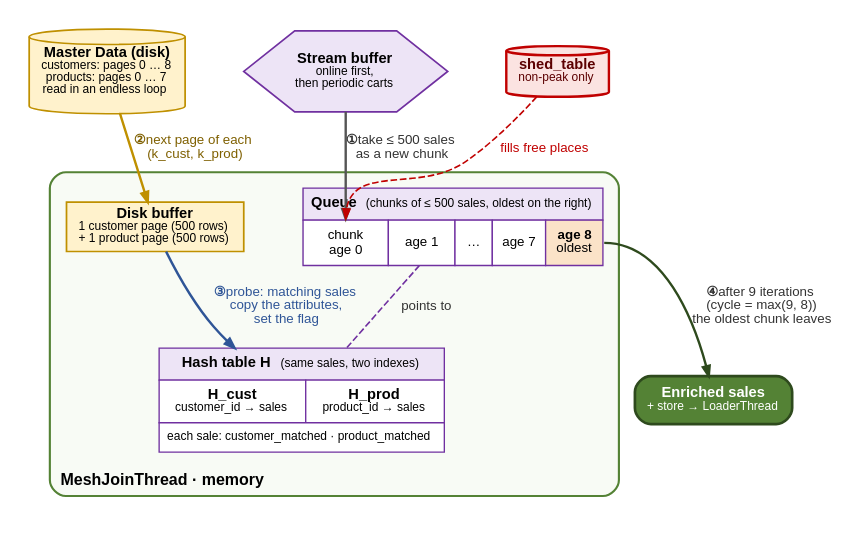
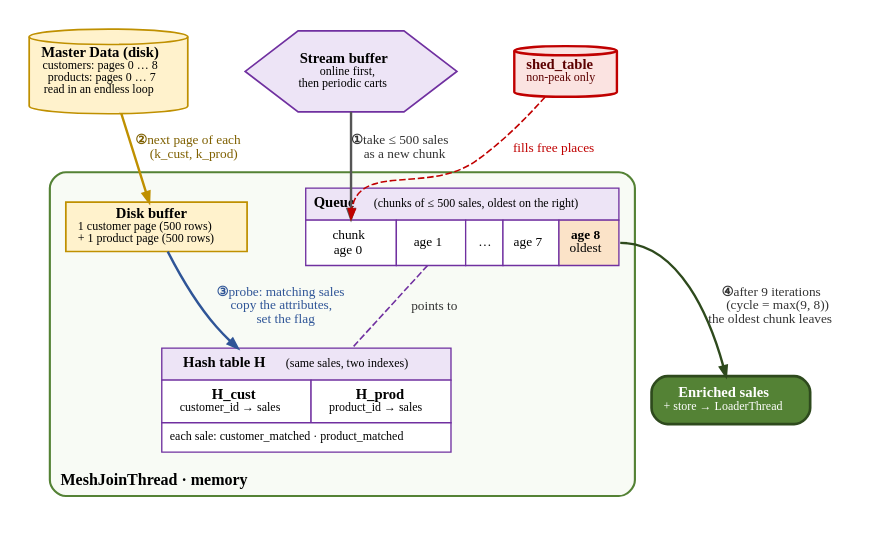
One commit to DawarAhmed27/DWH-MESHJOIN-Project changed the diagram in docs/meshjoin_inside.dot. Above: the diagram before and after it, drawn with Graphviz. The commit also changed 5 other files, not shown here.

Commit message:
Use Times New Roman in all report figures

```diff
--- a/docs/meshjoin_inside.dot
+++ b/docs/meshjoin_inside.dot
@@ -1,51 +1,51 @@
 digraph MJ {
-  graph [rankdir=TB, fontname="Arial", nodesep=0.3, ranksep=0.45, pad=0.2, newrank=true];
-  node  [fontname="Arial", fontsize=11, penwidth=1.3, style="filled", margin="0.12,0.06"];
-  edge  [fontname="Arial", fontsize=10, color="#555555", penwidth=1.2, arrowsize=0.75, fontcolor="#333333"];
+  graph [rankdir=TB, fontname="Times New Roman", nodesep=0.3, ranksep=0.45, pad=0.2, newrank=true];
+  node  [fontname="Times New Roman", fontsize=11, penwidth=1.3, style="filled", margin="0.12,0.06"];
+  edge  [fontname="Times New Roman", fontsize=10, color="#555555", penwidth=1.2, arrowsize=0.75, fontcolor="#333333"];
 
   B  [shape=hexagon, fillcolor="#EDE4F6", color="#7030A0", label=<<b>Stream buffer</b><br/><font point-size="9.5">online first,<br/>then periodic carts</font>>];
   SH [shape=cylinder, penwidth=1.8, fillcolor="#FBE3E1", color="#C00000", fontcolor="#5C0000", label=<<b>shed_table</b><br/><font point-size="9.5">non-peak only</font>>];
 
   subgraph cluster_mem {
     label=<<b>MeshJoinThread · memory</b>>; labeljust=l; labelloc=b; fontsize=12; style="rounded,filled"; fillcolor="#F8FBF5"; color="#548235"; penwidth=1.6; margin=12;
 
     Q [shape=plain, label=<
       <table border="0" cellborder="1" cellspacing="0" cellpadding="5" color="#7030A0">
         <tr><td colspan="5" align="right" bgcolor="#EDE4F6"><b>Queue</b>  <font point-size="9.5">(chunks of ≤ 500 sales, oldest on the right)</font></td></tr>
         <tr>
           <td bgcolor="#FFFFFF" port="new"><font point-size="10">chunk<br/>age 0</font></td>
           <td bgcolor="#FFFFFF"><font point-size="10">age 1</font></td>
           <td bgcolor="#FFFFFF"><font point-size="10">…</font></td>
           <td bgcolor="#FFFFFF"><font point-size="10">age 7</font></td>
           <td bgcolor="#FBE3C8" port="old"><font point-size="10"><b>age 8</b><br/>oldest</font></td>
         </tr>
       </table>>];
 
     H [shape=plain, label=<
       <table border="0" cellborder="1" cellspacing="0" cellpadding="5" color="#7030A0">
         <tr><td colspan="2" bgcolor="#EDE4F6"><b>Hash table H</b>  <font point-size="9.5">(same sales, two indexes)</font></td></tr>
         <tr><td bgcolor="#FFFFFF"><b>H_cust</b><br/><font point-size="9.5">customer_id → sales</font></td>
             <td bgcolor="#FFFFFF"><b>H_prod</b><br/><font point-size="9.5">product_id → sales</font></td></tr>
         <tr><td colspan="2" bgcolor="#FFFFFF"><font point-size="9.5">each sale: customer_matched · product_matched</font></td></tr>
       </table>>];
 
     DB [shape=box, fillcolor="#FFF2CC", color="#BF9000", label=<<b>Disk buffer</b><br/><font point-size="9.5">1 customer page (500 rows)<br/>+ 1 product page (500 rows)</font>>];
 
     Q -> H [dir=both, arrowhead=none, arrowtail=none, style=dashed, color="#7030A0", label=" points to"];
     DB -> H [color="#2F5597", penwidth=1.8, fontcolor="#2F5597", label=<<b>③</b> probe: matching sales<br/>copy the attributes,<br/>set the flag>];
     {rank=same; DB; Q}
     DB -> Q [style=invis];
   }
 
   MD [shape=cylinder, fillcolor="#FFF2CC", color="#BF9000", label=<<b>Master Data (disk)</b><br/><font point-size="9.5">customers: pages 0 … 8<br/>products: pages 0 … 7<br/>read in an endless loop</font>>];
 
   OUT [shape=box, style="rounded,filled", penwidth=2, fillcolor="#548235", color="#2E4A1D", fontcolor="white", label=<<b>Enriched sales</b><br/><font point-size="9.5">+ store → LoaderThread</font>>];
 
   B  -> Q:new:n [penwidth=1.8, label=<<b>①</b> take ≤ 500 sales<br/>as a new chunk>];
   SH -> Q:new:n [style=dashed, color="#C00000", fontcolor="#C00000", label=" fills free places"];
   MD -> DB [color="#BF9000", penwidth=1.8, fontcolor="#7F6000", label=<<b>②</b> next page of each<br/>(k_cust, k_prod)>];
   Q:old:e -> OUT [penwidth=1.8, color="#2E4A1D", label=<<b>④</b> after 9 iterations<br/>(cycle = max(9, 8))<br/>the oldest chunk leaves>];
 
   {rank=same; B; SH; MD}
   MD -> B -> SH [style=invis];
 }
```
